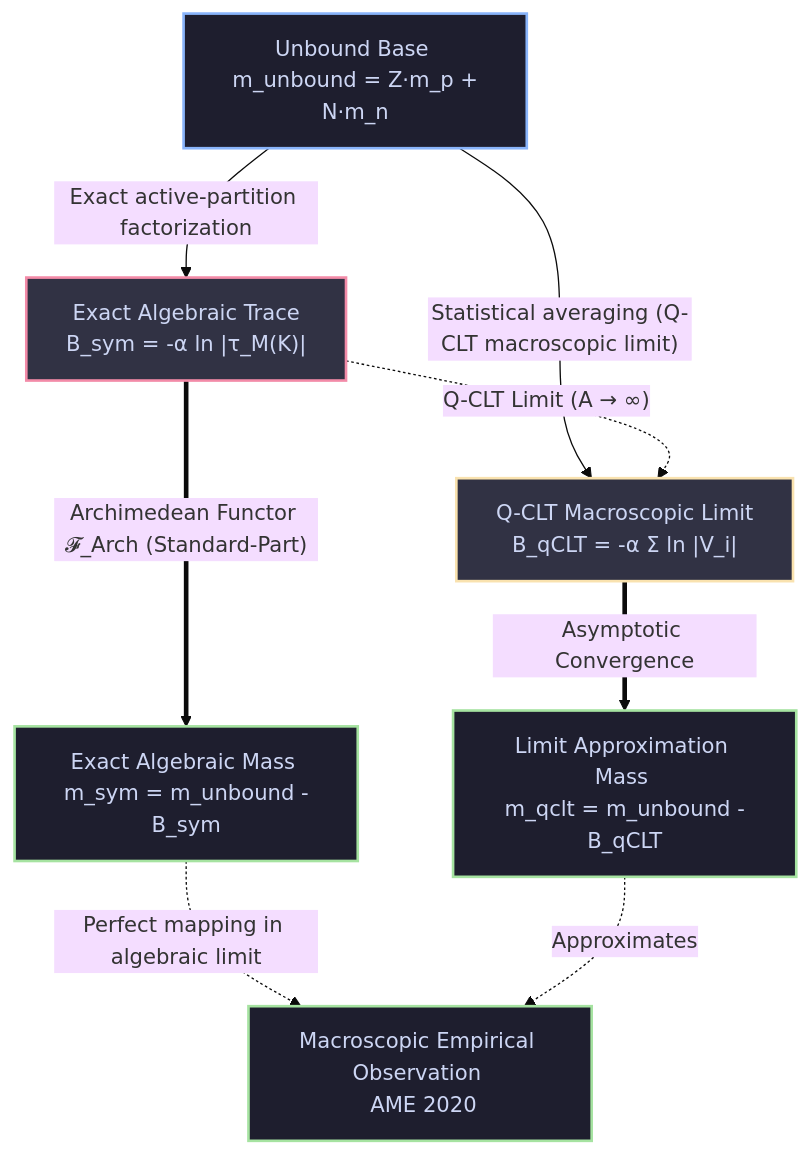
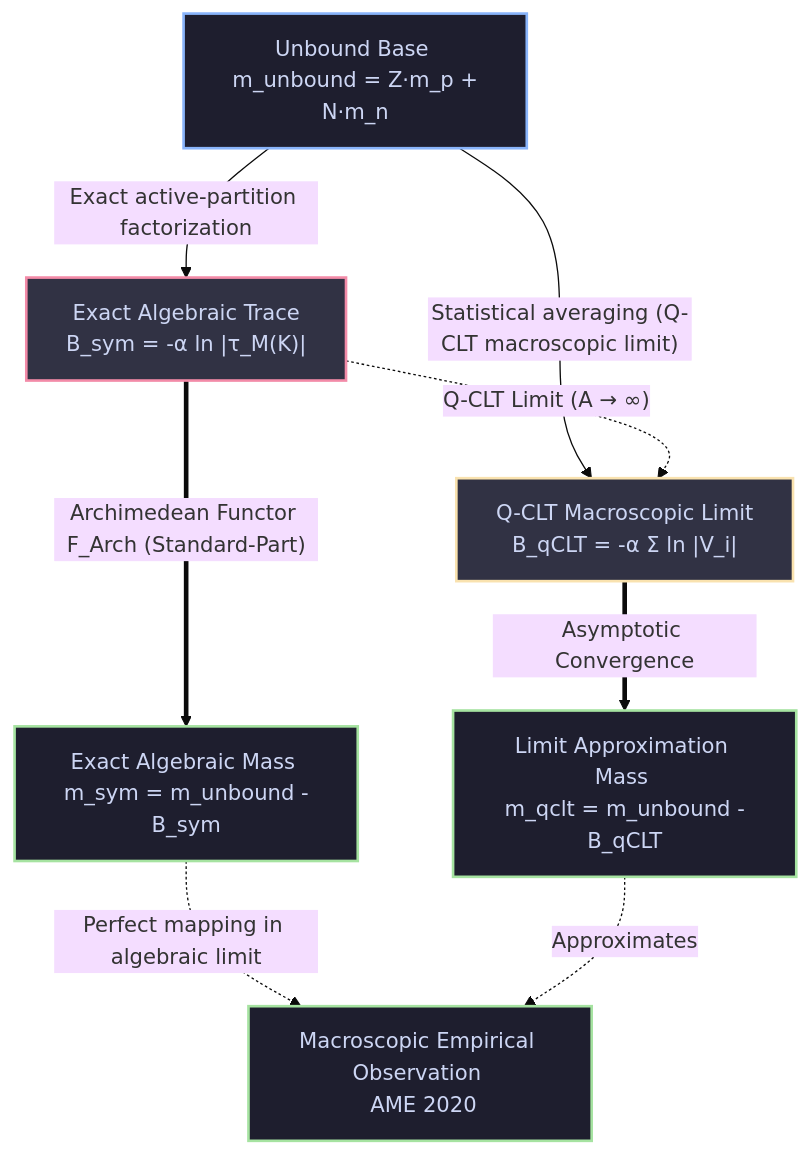
The diagram in content/quantum-observable-universe/appendix-surreals-archimedean/standard-part-functor.md (litlfred/qou), drawn with Mermaid (base theme) before and after one commit. The commit also changed 2 other files, not shown here.

Commit message:
fix: pre-existing content compile bugs (ż, 𝓕, 📝)
Surfaced by the first real full pdflatex compile (present on main, not from
this PR's cache work):
- ż: unmapped Latin z-dot in citations/prose -> \newunicodechar{ż}{\.z}
  (math-mode safe via \ifmmode).
- 𝓕 (script F): unmapped in a mermaid diagram label (renders verbatim,
  \newunicodechar disabled there) -> ASCII F_Arch in standard-part-functor.
- 📝: emoji in a '### Formalization Tracker' heading -> stripped (one-voice).
(\ordw was also undefined at first compile, but a sibling landed
\newcommand{\ordw} in the manifest during this session — see next commit.)

````diff
--- a/content/quantum-observable-universe/appendix-surreals-archimedean/standard-part-functor.md
+++ b/content/quantum-observable-universe/appendix-surreals-archimedean/standard-part-functor.md
@@ -108,27 +108,27 @@
 ```mermaid
 flowchart TD
     classDef base fill:#1e1e2e,stroke:#89b4fa,stroke-width:2px,color:#cdd6f4
     classDef trace fill:#313244,stroke:#f38ba8,stroke-width:2px,color:#cdd6f4
     classDef proxy fill:#313244,stroke:#f9e2af,stroke-width:2px,color:#cdd6f4
     classDef physical fill:#1e1e2e,stroke:#a6e3a1,stroke-width:2px,color:#cdd6f4
 
     M_unb["Unbound Base \n m_unbound = Z·m_p + N·m_n"]:::base
     
     B_sym["Exact Algebraic Trace \n B_sym = -α ln |τ_M(K)|"]:::trace
     B_qCLT["Q-CLT Macroscopic Limit \n B_qCLT = -α Σ ln |V_i|"]:::proxy
     
     M_sym["Exact Algebraic Mass \n m_sym = m_unbound - B_sym"]:::physical
     M_qclt["Limit Approximation Mass \n m_qclt = m_unbound - B_qCLT"]:::physical
     M_obs["Macroscopic Empirical Observation \n AME 2020"]:::physical
 
     M_unb -->|"Exact active-partition factorization"| B_sym
     M_unb -->|"Statistical averaging (Q-CLT macroscopic limit)"| B_qCLT
     
     B_sym -.->|"Q-CLT Limit (A → ∞)"| B_qCLT
     
-    B_sym == "Archimedean Functor 𝓕_Arch (Standard-Part)" ==> M_sym
+    B_sym == "Archimedean Functor F_Arch (Standard-Part)" ==> M_sym
     B_qCLT == "Asymptotic Convergence" ==> M_qclt
     
     M_sym -.->|"Perfect mapping in algebraic limit"| M_obs
     M_qclt -.->|"Approximates"| M_obs
 ```
````
